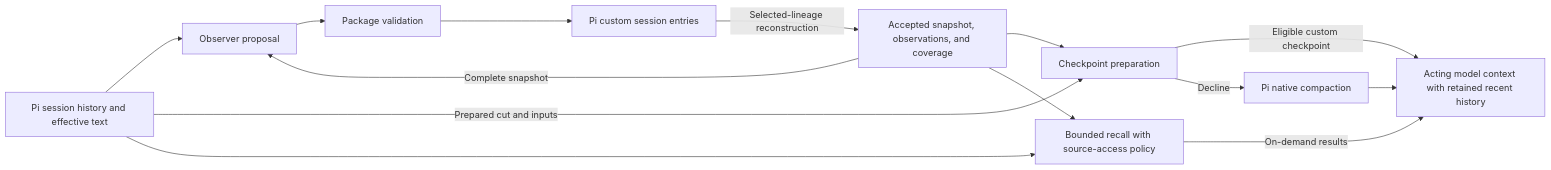
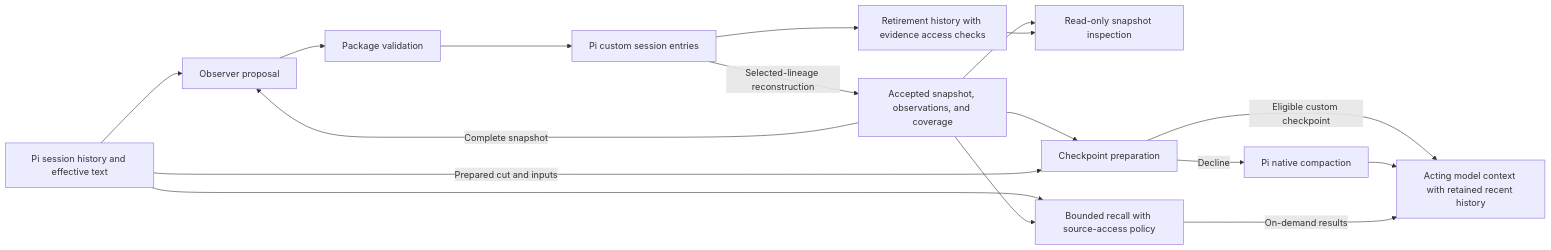
Before and after one commit to kvnxiao/orbis: the second of 2 diagrams in packages/memory/SPEC.md, drawn with Mermaid. The commit also changed other lines of this file and 10 other files, not shown here.

````diff
--- a/packages/memory/SPEC.md
+++ b/packages/memory/SPEC.md
@@ -86,16 +88,19 @@
 ```mermaid
 flowchart LR
     Pi["Pi session history and effective text"] --> O["Observer proposal"]
     S["Accepted snapshot, observations, and coverage"] -->|"Complete snapshot"| O
     O --> V["Package validation"]
     V --> E["Pi custom session entries"]
     E -->|"Selected-lineage reconstruction"| S
+    S --> I["Read-only snapshot inspection"]
+    E --> T["Retirement history with evidence access checks"]
+    T --> I
     S --> C["Checkpoint preparation"]
     Pi -->|"Prepared cut and inputs"| C
     C -->|"Eligible custom checkpoint"| A["Acting model context with retained recent history"]
     C -->|"Decline"| N["Pi native compaction"]
     N --> A
     Pi --> R["Bounded recall with source-access policy"]
     S --> R
     R -->|"On-demand results"| A
 ```
````
